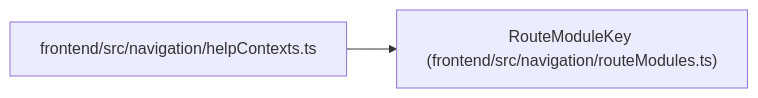
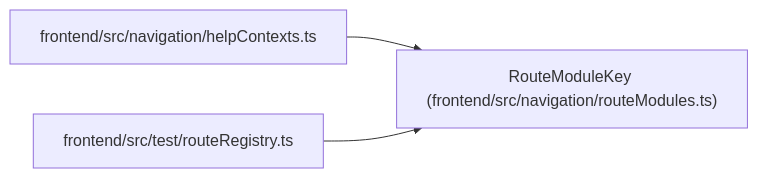
The diagram in docs/llm_wiki/entities/RouteModuleKey.md (Denissvgn/WorkChord), drawn with Mermaid before and after one commit. The commit also changed other lines of this file and 2373 other files, not shown here.

````diff
--- a/docs/llm_wiki/entities/RouteModuleKey.md
+++ b/docs/llm_wiki/entities/RouteModuleKey.md
@@ -28,8 +28,11 @@
 ```mermaid
 flowchart LR
     n0["RouteModuleKey (frontend/src/navigation/routeModules.ts)"]
     n1["frontend/src/navigation/helpContexts.ts"]
+    n2["frontend/src/test/routeRegistry.ts"]
     n1 --> n0
+    n2 --> n0
     click n0 "../modules/routeModules.md"
     click n1 "../modules/helpContexts.md"
+    click n2 "../modules/routeRegistry.md"
 ```
````
